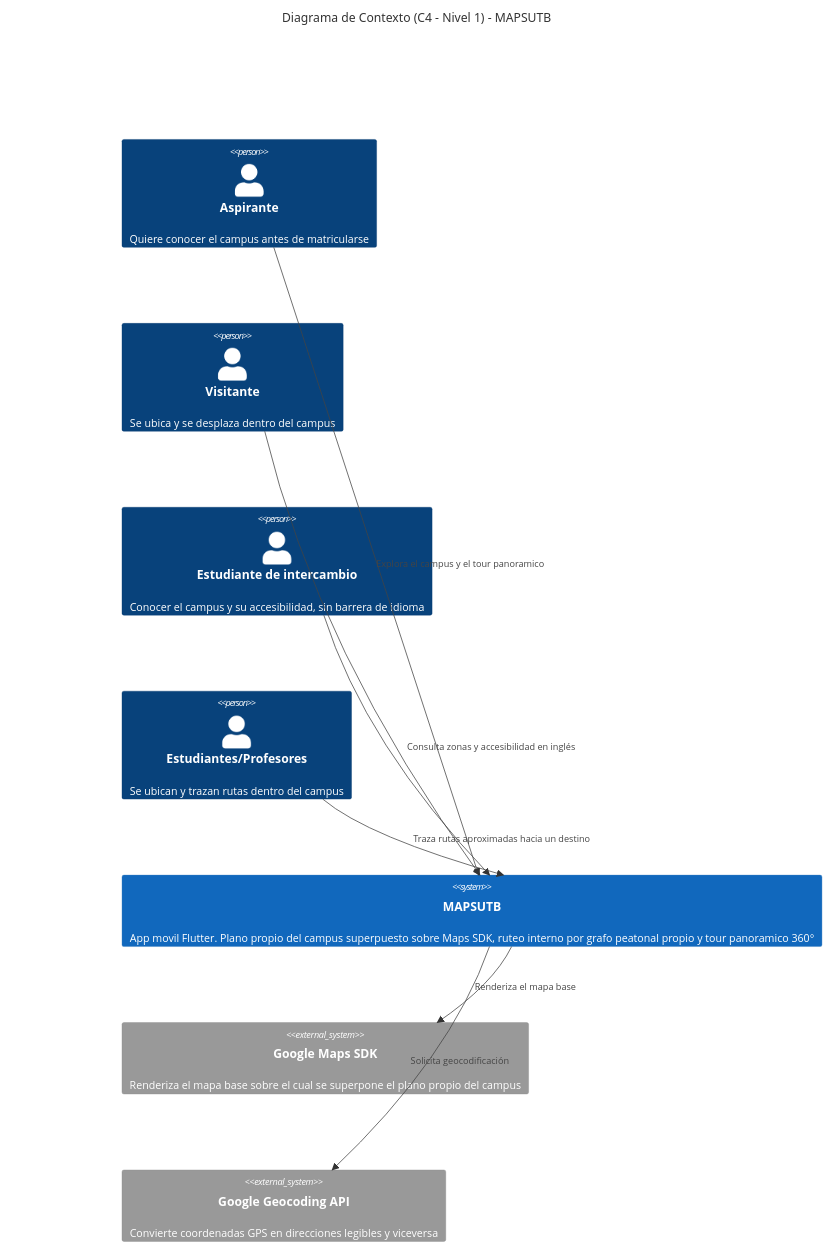
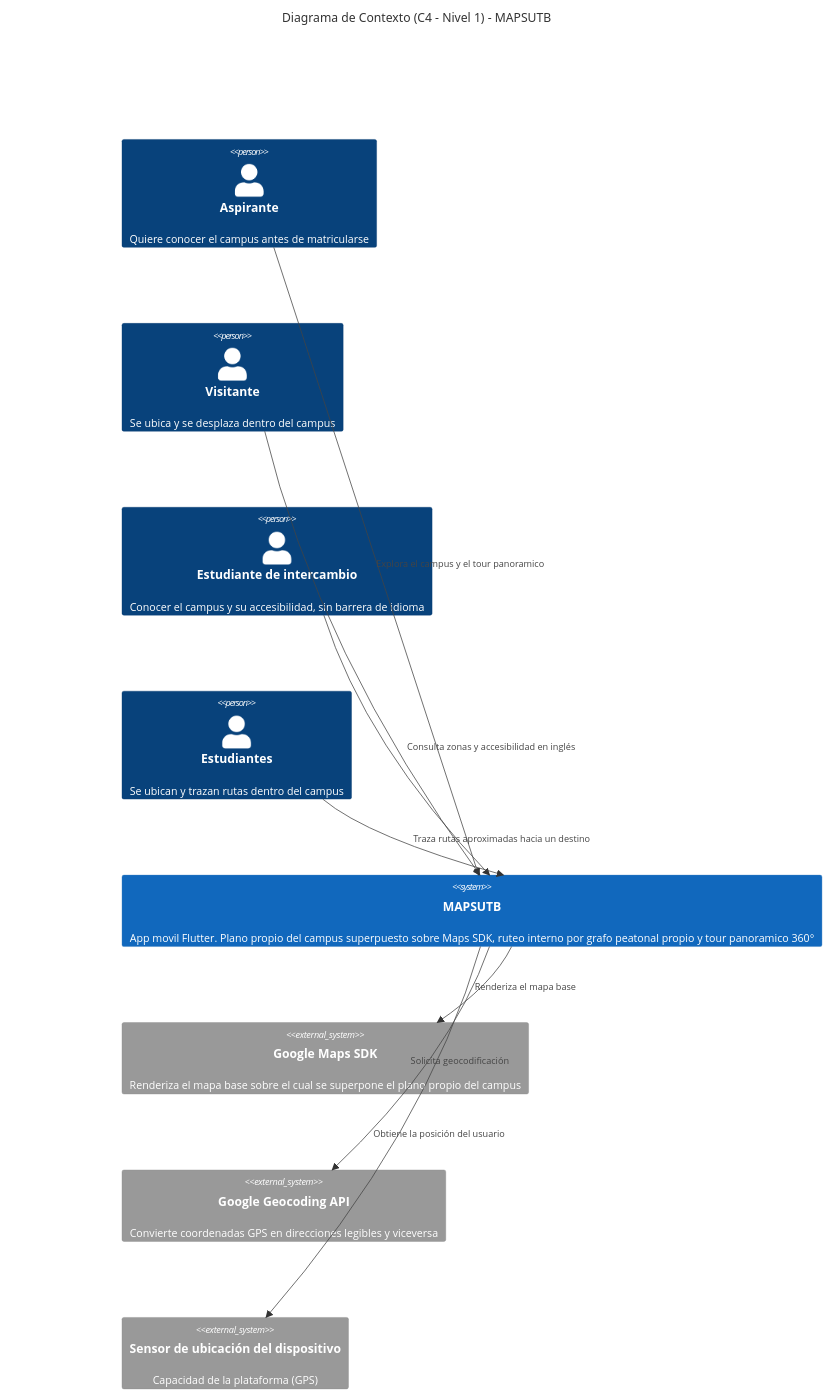
Before and after one commit to ISCOUTB/AS_202620_mapsutb: the diagram in docs/C4/C1.md, drawn with Mermaid. The commit also changed 2 other files, not shown here.

Commit message:
Corrección en los niveles C4 para más coherencia

````diff
--- a/docs/C4/C1.md
+++ b/docs/C4/C1.md
@@ -1,27 +1,29 @@
 ```mermaid
 ---
 config:
   fontFamily: '''Inter Variable'', sans-serif'
 ---
 C4Context
     title Diagrama de Contexto (C4 - Nivel 1) - MAPSUTB
 
     Person(aspirante, "Aspirante", "Quiere conocer el campus antes de matricularse")
     Person(invitado, "Visitante", "Se ubica y se desplaza dentro del campus")
     Person(intercambio, "Estudiante de intercambio", "Conocer el campus y su accesibilidad, sin barrera de idioma")
-    Person(comunidad, "Estudiantes/Profesores", "Se ubican y trazan rutas dentro del campus")
+    Person(comunidad, "Estudiantes", "Se ubican y trazan rutas dentro del campus")
 
     System(mapsutb, "MAPSUTB", "App movil Flutter. Plano propio del campus superpuesto sobre Maps SDK, ruteo interno por grafo peatonal propio y tour panoramico 360°")
 
     System_Ext(mapssdk, "Google Maps SDK", "Renderiza el mapa base sobre el cual se superpone el plano propio del campus")
     System_Ext(geocoding, "Google Geocoding API", "Convierte coordenadas GPS en direcciones legibles y viceversa")
+    System_Ext(sensor, "Sensor de ubicación del dispositivo", "Capacidad de la plataforma (GPS)")
 
     Rel_L(aspirante, mapsutb, "Explora el campus y el tour panoramico")
     Rel(invitado, mapsutb,"")
     Rel(intercambio, mapsutb, "Consulta zonas y accesibilidad en inglés")
     Rel(comunidad, mapsutb, "Traza rutas aproximadas hacia un destino")
     Rel_D(mapsutb, geocoding, "Solicita geocodificación")
     Rel_D(mapsutb, mapssdk, "Renderiza el mapa base")
+    Rel_D(mapsutb, sensor, "Obtiene la posición del usuario")
 
     UpdateLayoutConfig($c4ShapeInRow="3", $c4BoundaryInRow="1")
 ```
````
